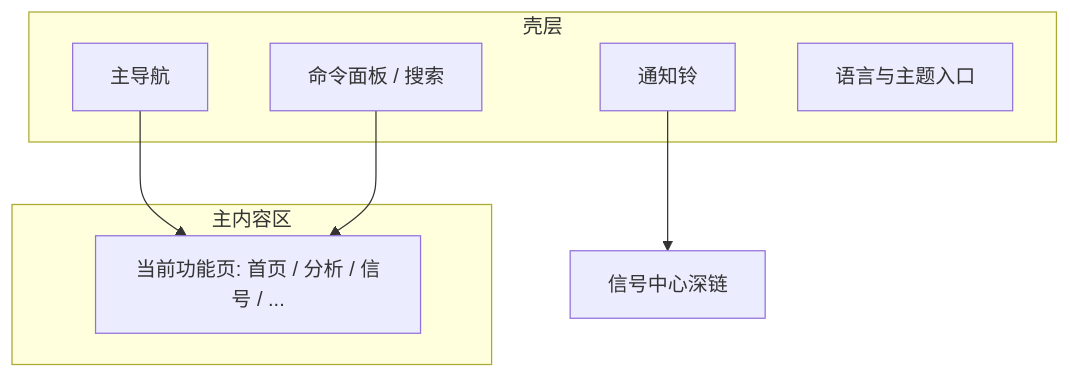
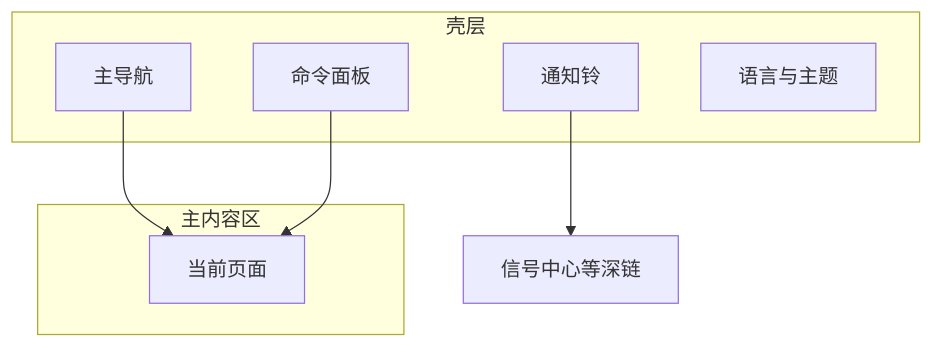
The diagram in docs/ui-manual/01-shell.md (SiinXu/stock-pulse-ai), drawn with Mermaid before and after one commit. The commit also changed other lines of this file and 22 other files, not shown here.

````diff
--- a/docs/ui-manual/01-shell.md
+++ b/docs/ui-manual/01-shell.md
@@ -20,15 +30,15 @@
 ```mermaid
 flowchart TB
   subgraph shell [壳层]
     N[主导航]
     B[通知铃]
-    K[命令面板 / 搜索]
-    L[语言与主题入口]
+    K[命令面板]
+    L[语言与主题]
   end
   subgraph main [主内容区]
-    P[当前功能页: 首页 / 分析 / 信号 / ...]
+    P[当前页面]
   end
   N --> P
   K --> P
-  B --> S[信号中心深链]
+  B --> S[信号中心等深链]
 ```
````
